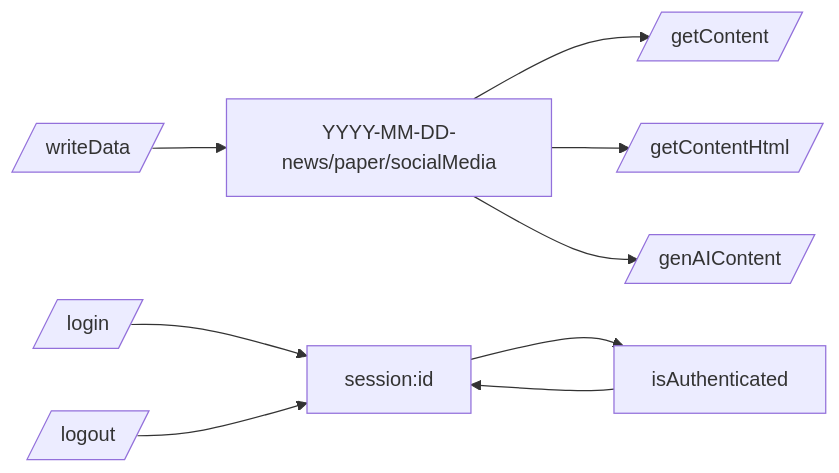
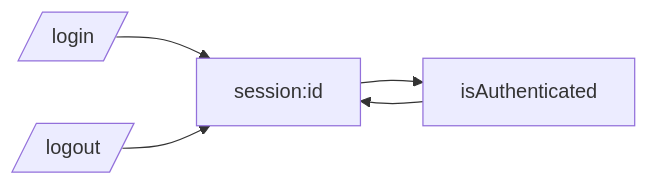
The second of 2 diagrams in docs/KV_KEYS.md (wenson/CloudFlare-AI-Insight-Daily), drawn with Mermaid before and after one commit. The commit also changed other lines of this file and 23 other files, not shown here.

````diff
--- a/docs/KV_KEYS.md
+++ b/docs/KV_KEYS.md
@@ -130,12 +66,7 @@
 ```mermaid
 flowchart LR
-    A[/writeData/] --> B[YYYY-MM-DD-news/paper/socialMedia]
-    B --> C[/getContent/]
-    B --> D[/getContentHtml/]
-    B --> E[/genAIContent/]
-
     F[/login/] --> G[session:id]
     G --> H[isAuthenticated]
     H --> G
     I[/logout/] --> G
 ```
````
